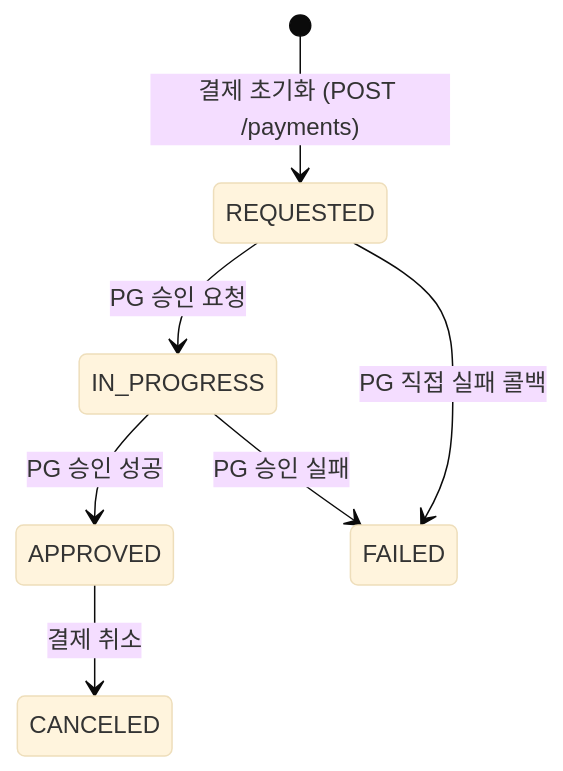
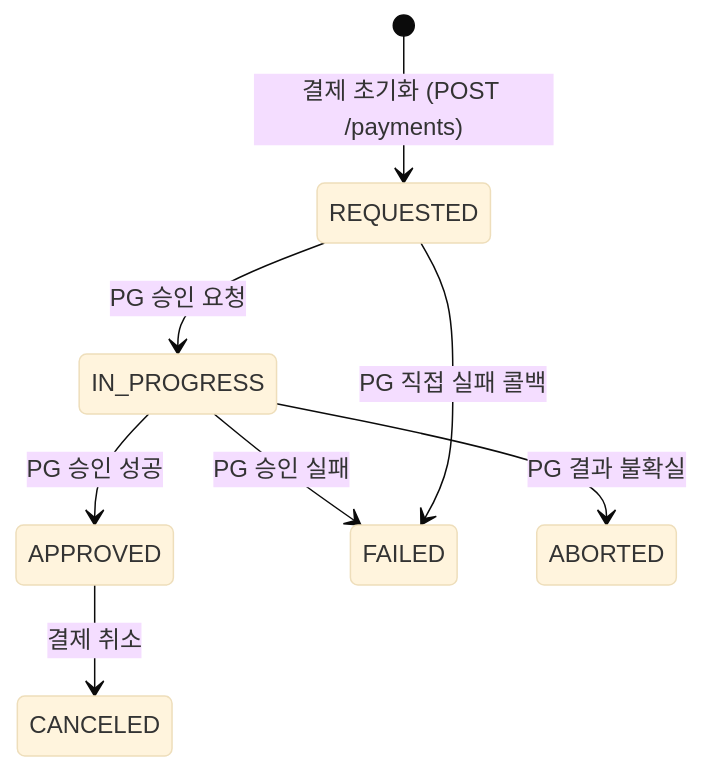
One commit to wocks1123/commerce-msa changed the third of 3 diagrams in README.md. Above: the diagram before and after it, drawn with Mermaid (base theme).

Commit message:
docs: Payment 상태전이 반영

````diff
--- a/README.md
+++ b/README.md
@@ -99,9 +99,10 @@
 ```mermaid
 stateDiagram-v2
     [*] --> REQUESTED: 결제 초기화 (POST /payments)
     REQUESTED --> IN_PROGRESS: PG 승인 요청
     IN_PROGRESS --> APPROVED: PG 승인 성공
     IN_PROGRESS --> FAILED: PG 승인 실패
+    IN_PROGRESS --> ABORTED: PG 결과 불확실
     REQUESTED --> FAILED: PG 직접 실패 콜백
     APPROVED --> CANCELED: 결제 취소
 ```
````
